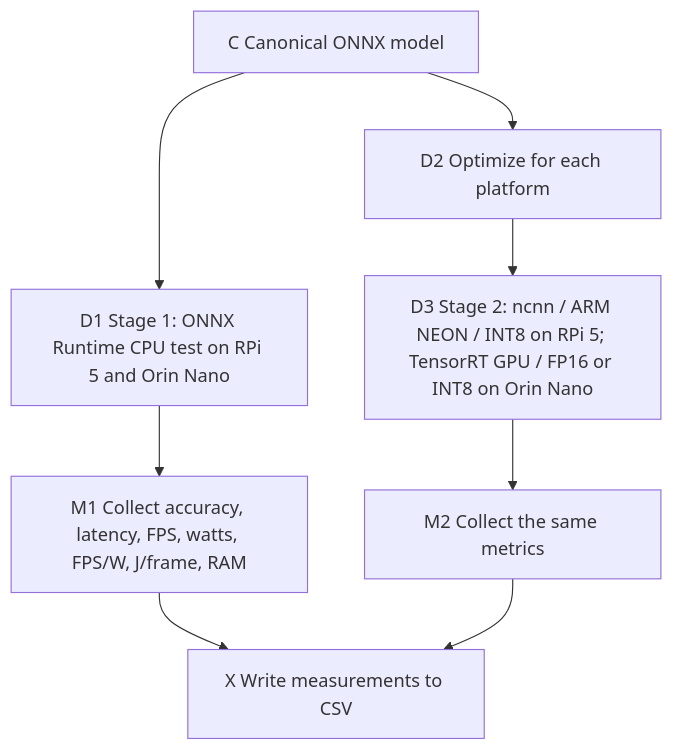
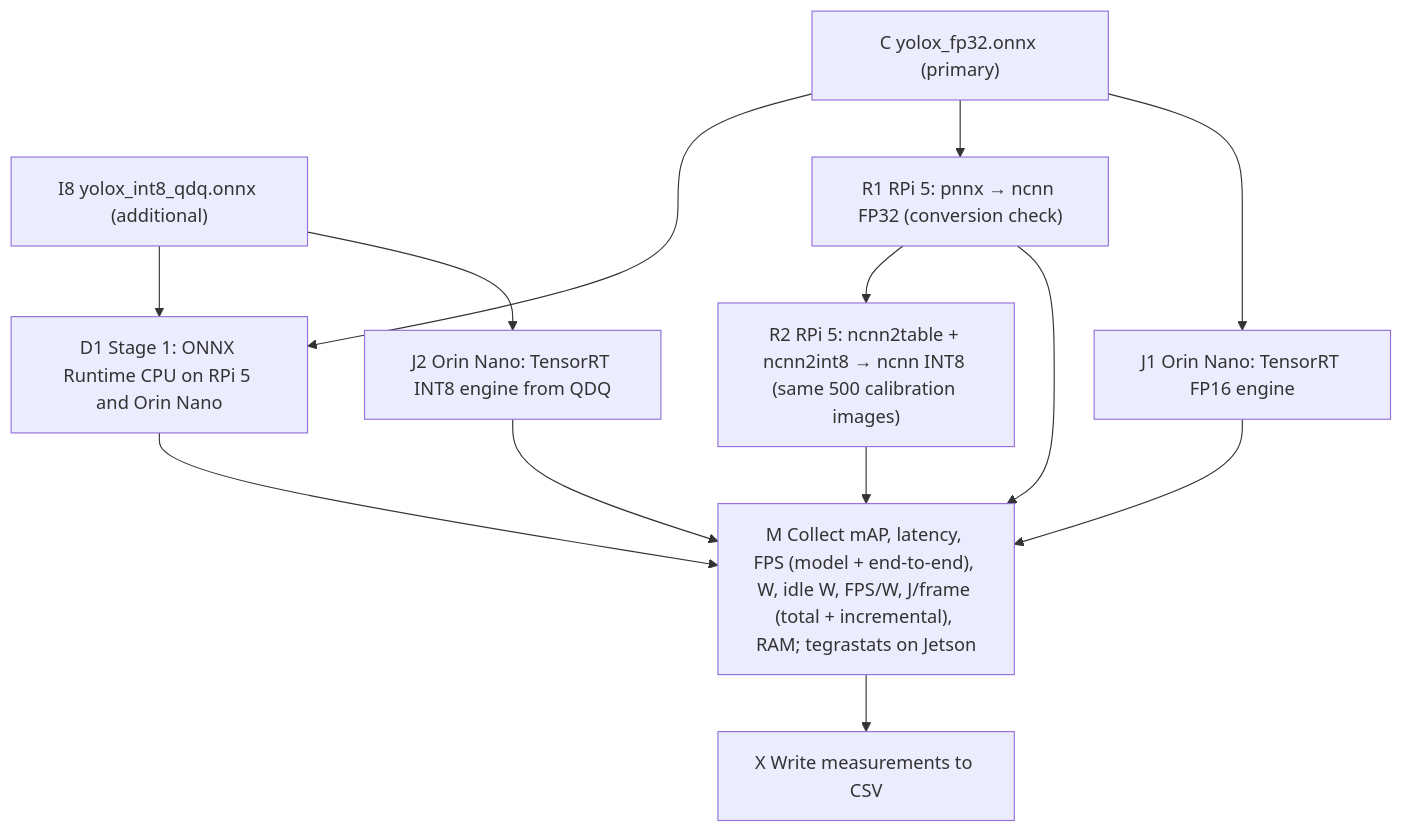
One commit to Bey3fendi/edge-ai-object-detection changed the third of 3 diagrams in project_information/Thesis_Edge_Object_Detection_Workflow.md. Above: the diagram before and after it, drawn with Mermaid. The commit also changed other lines of this file and 4 other files, not shown here.

````diff
--- a/project_information/Thesis_Edge_Object_Detection_Workflow.md
+++ b/project_information/Thesis_Edge_Object_Detection_Workflow.md
@@ -69,10 +90,15 @@
 ```mermaid
 flowchart TD
-    C["C Canonical ONNX model"] --> D1["D1 Stage 1: ONNX Runtime CPU test on RPi 5 and Orin Nano"]
-    C --> D2["D2 Optimize for each platform"]
-    D2 --> D3["D3 Stage 2: ncnn / ARM NEON / INT8 on RPi 5; TensorRT GPU / FP16 or INT8 on Orin Nano"]
-    D1 --> M1["M1 Collect accuracy, latency, FPS, watts, FPS/W, J/frame, RAM"]
-    D3 --> M2["M2 Collect the same metrics"]
-    M1 --> X["X Write measurements to CSV"]
-    M2 --> X
+    C["C yolox_fp32.onnx (primary)"] --> D1["D1 Stage 1: ONNX Runtime CPU on RPi 5 and Orin Nano"]
+    I8["I8 yolox_int8_qdq.onnx (additional)"] --> D1
+    C --> R1["R1 RPi 5: pnnx → ncnn FP32 (conversion check)"]
+    R1 --> R2["R2 RPi 5: ncnn2table + ncnn2int8 → ncnn INT8 (same 500 calibration images)"]
+    C --> J1["J1 Orin Nano: TensorRT FP16 engine"]
+    I8 --> J2["J2 Orin Nano: TensorRT INT8 engine from QDQ"]
+    D1 --> M["M Collect mAP, latency, FPS (model + end-to-end), W, idle W, FPS/W, J/frame (total + incremental), RAM; tegrastats on Jetson"]
+    R1 --> M
+    R2 --> M
+    J1 --> M
+    J2 --> M
+    M --> X["X Write measurements to CSV"]
 ```
````
